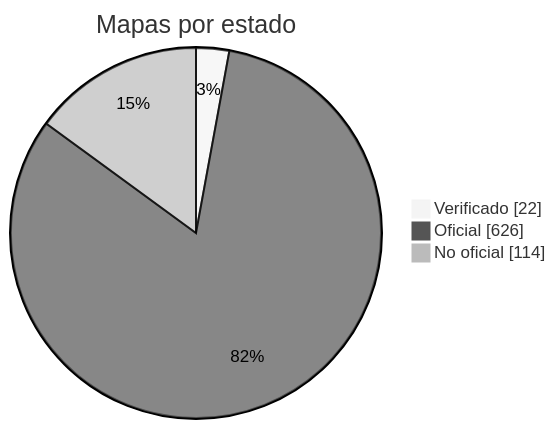
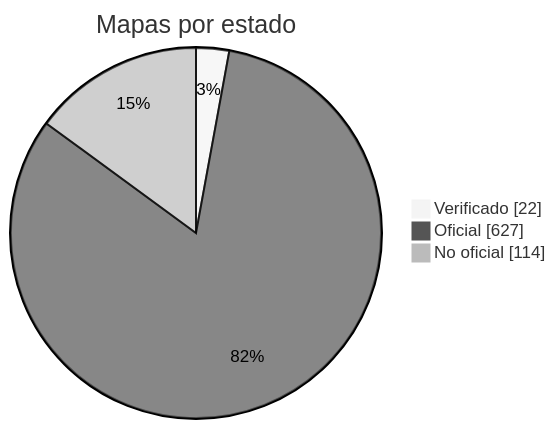
Before and after one commit to nobrega8/mbmap-library: the diagram in docs/readme/README_ES.md, drawn with Mermaid (neutral theme). The commit also changed 6 other files, not shown here.

````diff
--- a/docs/readme/README_ES.md
+++ b/docs/readme/README_ES.md
@@ -54,7 +54,7 @@
 ```mermaid
 pie showData
     title Mapas por estado
     "Verificado" : 22
-    "Oficial" : 626
+    "Oficial" : 627
     "No oficial" : 114
 ```
````
